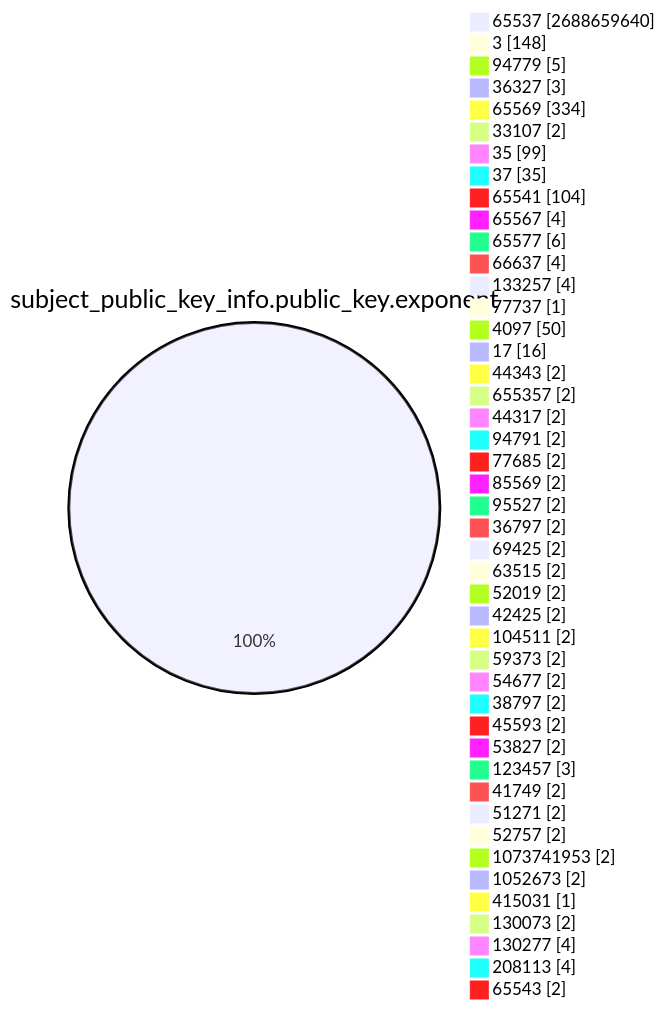
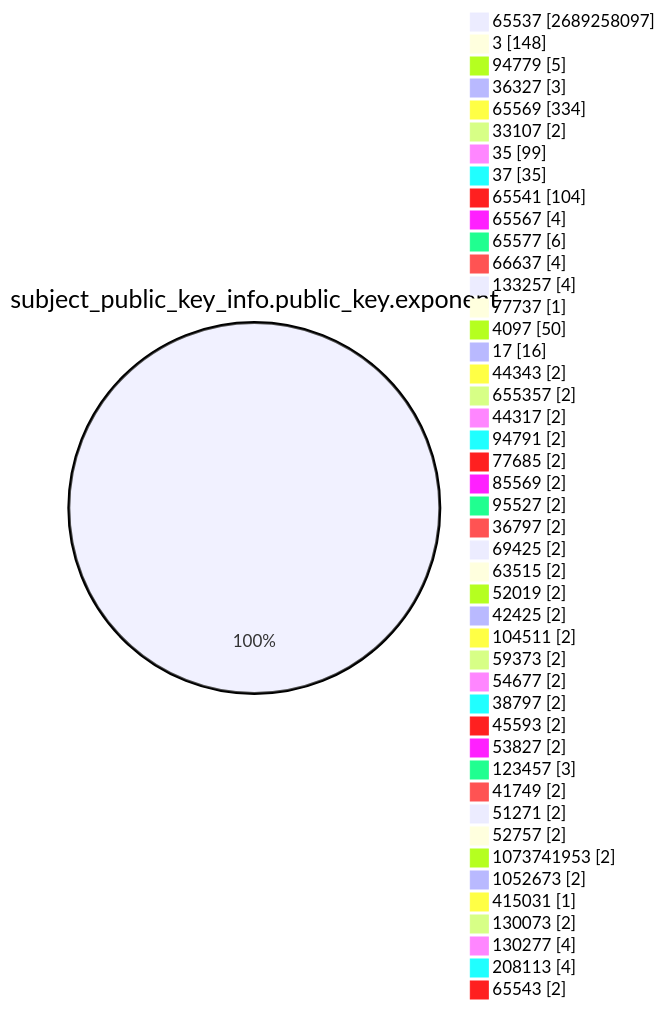
Before and after one commit to christiankrug/ctmonitor_visualization: the fourth of 15 diagrams in TOTAL/README.md, drawn with Mermaid. The commit also changed other lines of this file, not shown here.

````diff
--- a/TOTAL/README.md
+++ b/TOTAL/README.md
@@ -1467,49 +1467,49 @@
 ```mermaid
 pie showData
 title subject_public_key_info.public_key.exponent
-"65537" :2688659640
+"65537" :2689258097
 "3" :148
 "94779" :5
 "36327" :3
 "65569" :334
 "33107" :2
 "35" :99
 "37" :35
 "65541" :104
 "65567" :4
 "65577" :6
 "66637" :4
 "133257" :4
 "77737" :1
 "4097" :50
 "17" :16
 "44343" :2
 "655357" :2
 "44317" :2
 "94791" :2
 "77685" :2
 "85569" :2
 "95527" :2
 "36797" :2
 "69425" :2
 "63515" :2
 "52019" :2
 "42425" :2
 "104511" :2
 "59373" :2
 "54677" :2
 "38797" :2
 "45593" :2
 "53827" :2
 "123457" :3
 "41749" :2
 "51271" :2
 "52757" :2
 "1073741953" :2
 "1052673" :2
 "415031" :1
 "130073" :2
 "130277" :4
 "208113" :4
 "65543" :2
 ```
````
